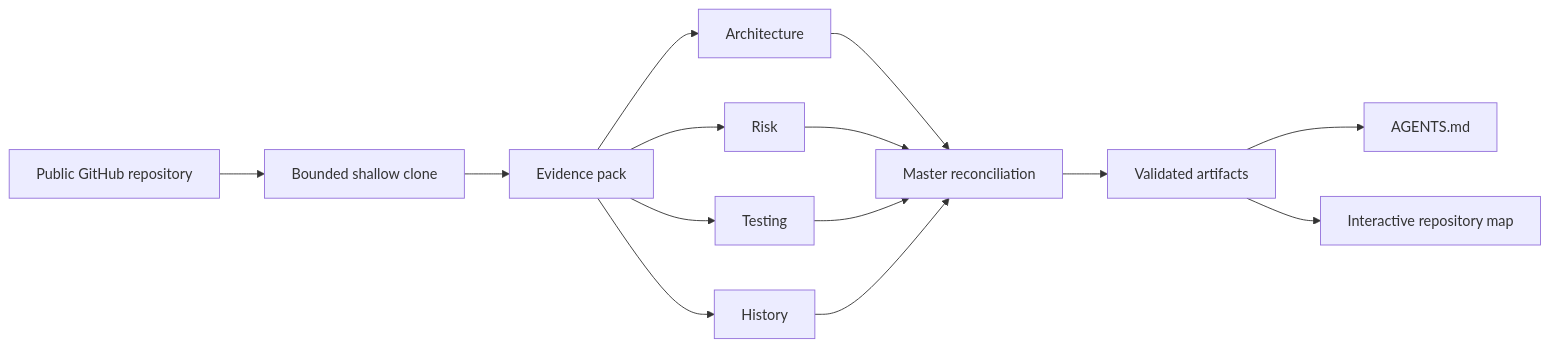
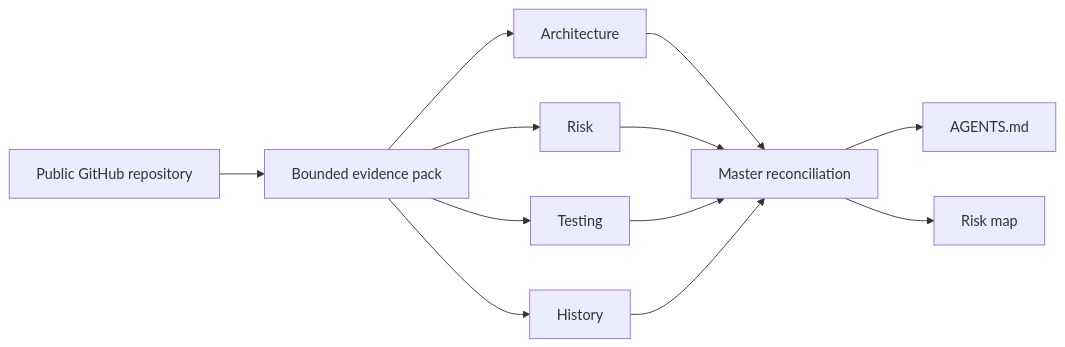
Before and after one commit to Kesav2k04/RepoMind: the diagram in README.md, drawn with Mermaid. The commit also changed other lines of this file and 34 other files, not shown here.

````diff
--- a/README.md
+++ b/README.md
@@ -35,13 +29,11 @@
 ```mermaid
 flowchart LR
-  G[Public GitHub repository] --> C[Bounded shallow clone]
-  C --> E[Evidence pack]
+  R[Public GitHub repository] --> E[Bounded evidence pack]
   E --> A[Architecture]
-  E --> R[Risk]
+  E --> K[Risk]
   E --> T[Testing]
   E --> H[History]
-  A & R & T & H --> M[Master reconciliation]
-  M --> X[Validated artifacts]
-  X --> AG[AGENTS.md]
-  X --> RM[Interactive repository map]
+  A & K & T & H --> M[Master reconciliation]
+  M --> G[AGENTS.md]
+  M --> P[Risk map]
 ```
````
